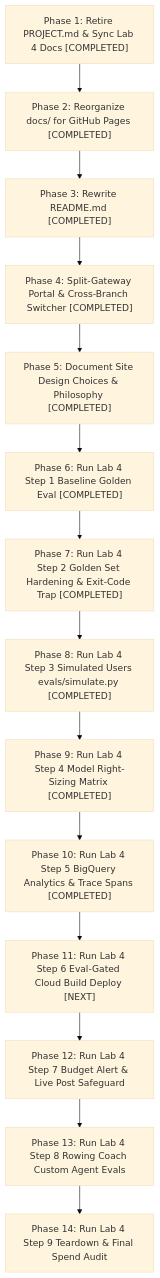
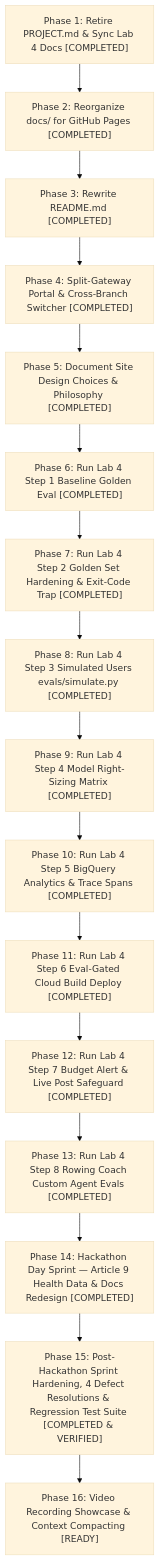
Before and after one commit to duncmon/ai-devcamp-labs: the diagram in PROGRESS.md, drawn with Mermaid (base theme). The commit also changed other lines of this file, not shown here.

Commit message:
docs(progress): document Phase 15 regression test completion (80/80 green), Model Armor 4-checkpoint verification, and 15:20 video recording roadmap

````diff
--- a/PROGRESS.md
+++ b/PROGRESS.md
@@ -209,16 +214,18 @@
 ```mermaid
 flowchart TD
     T0["Phase 1: Retire PROJECT.md & Sync Lab 4 Docs [COMPLETED]"] --> T1["Phase 2: Reorganize docs/ for GitHub Pages [COMPLETED]"]
     T1 --> T2["Phase 3: Rewrite README.md [COMPLETED]"]
     T2 --> T3["Phase 4: Split-Gateway Portal & Cross-Branch Switcher [COMPLETED]"]
     T3 --> T4["Phase 5: Document Site Design Choices & Philosophy [COMPLETED]"]
     T4 --> T5["Phase 6: Run Lab 4 Step 1 Baseline Golden Eval [COMPLETED]"]
     T5 --> T6["Phase 7: Run Lab 4 Step 2 Golden Set Hardening & Exit-Code Trap [COMPLETED]"]
     T6 --> T7["Phase 8: Run Lab 4 Step 3 Simulated Users evals/simulate.py [COMPLETED]"]
     T7 --> T8["Phase 9: Run Lab 4 Step 4 Model Right-Sizing Matrix [COMPLETED]"]
     T8 --> T9["Phase 10: Run Lab 4 Step 5 BigQuery Analytics & Trace Spans [COMPLETED]"]
-    T9 --> T10["Phase 11: Run Lab 4 Step 6 Eval-Gated Cloud Build Deploy [NEXT]"]
-    T10 --> T11["Phase 12: Run Lab 4 Step 7 Budget Alert & Live Post Safeguard"]
-    T11 --> T12["Phase 13: Run Lab 4 Step 8 Rowing Coach Custom Agent Evals"]
-    T12 --> T13["Phase 14: Run Lab 4 Step 9 Teardown & Final Spend Audit"]
+    T9 --> T10["Phase 11: Run Lab 4 Step 6 Eval-Gated Cloud Build Deploy [COMPLETED]"]
+    T10 --> T11["Phase 12: Run Lab 4 Step 7 Budget Alert & Live Post Safeguard [COMPLETED]"]
+    T11 --> T12["Phase 13: Run Lab 4 Step 8 Rowing Coach Custom Agent Evals [COMPLETED]"]
+    T12 --> T13["Phase 14: Hackathon Day Sprint — Article 9 Health Data & Docs Redesign [COMPLETED]"]
+    T13 --> T14["Phase 15: Post-Hackathon Sprint Hardening, 4 Defect Resolutions & Regression Test Suite [COMPLETED & VERIFIED]"]
+    T14 --> T15["Phase 16: Video Recording Showcase & Context Compacting [READY]"]
 ```
````
